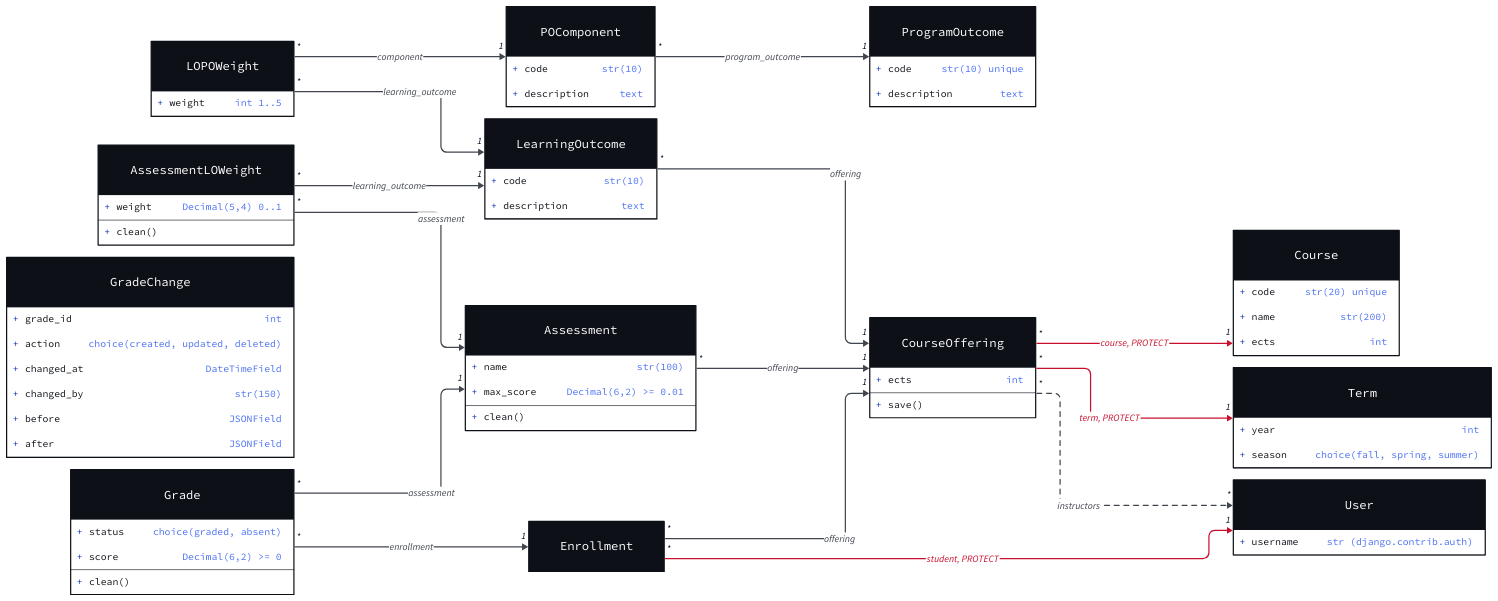
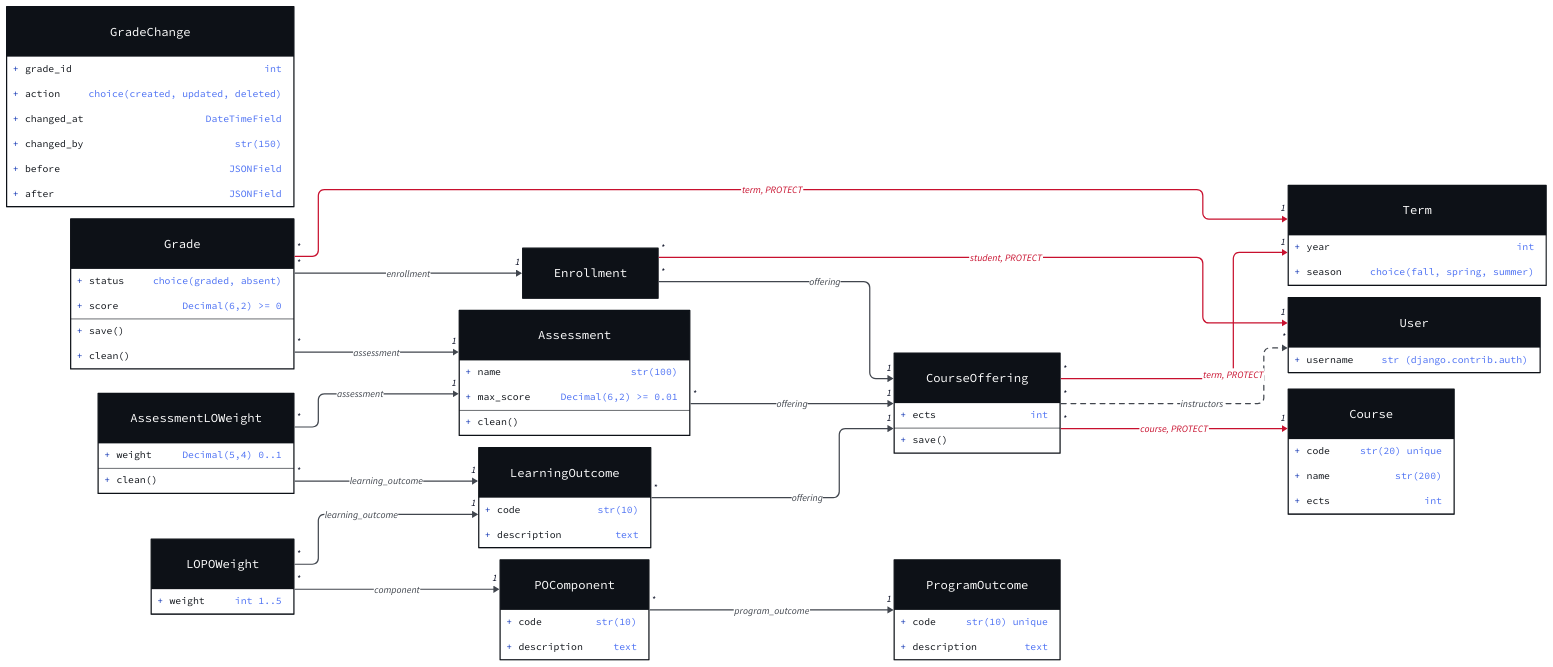
Before and after one commit to rmz-oz/aculator: the diagram in docs/classes.d2, drawn with D2. The commit also changed 12 other files, not shown here.

Commit message:
Store each grade's term (#33, step 1) (#112)

```diff
--- a/docs/classes.d2
+++ b/docs/classes.d2
@@ -112,6 +112,7 @@
   shape: class
   "status": "choice(graded, absent)"
   "score": "Decimal(6,2) >= 0"
+  "save()": ""
   "clean()": ""
   style: {
     fill: "#0D1117"
@@ -216,6 +217,11 @@
   target-arrowhead.label: "1"
   style: {stroke: "#41464E"; stroke-width: 2; font-color: "#41464E"}
 }
+Grade -> Term: "term, PROTECT" {
+  source-arrowhead.label: "*"
+  target-arrowhead.label: "1"
+  style: {stroke: "#C8102E"; stroke-width: 2; font-color: "#C8102E"}
+}
 AssessmentLOWeight -> Assessment: "assessment" {
   source-arrowhead.label: "*"
   target-arrowhead.label: "1"
```
